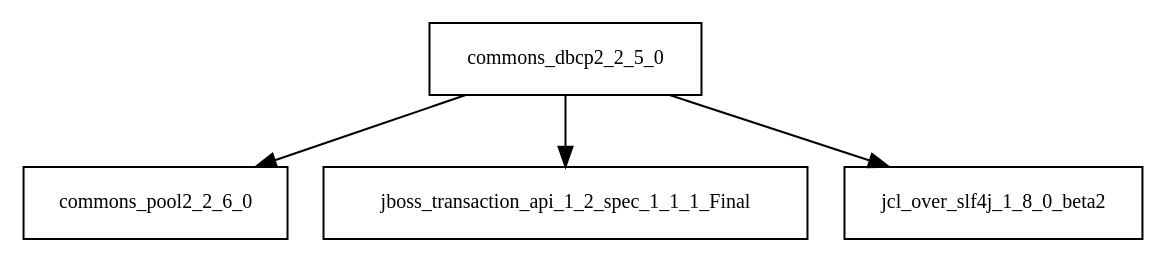
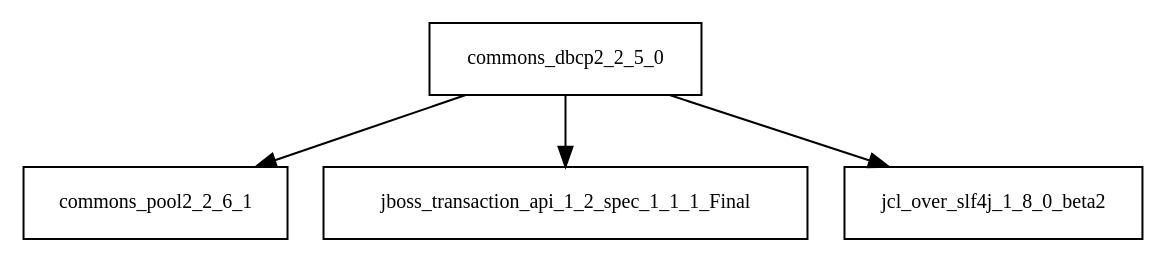
The diagram in tattleTaleReport/graphviz/commons-dbcp2-2.5.0.jar/commons-dbcp2-2.5.0.jar.dot (sjvs/cia), drawn with Graphviz before and after one commit. The commit also changed 2896 other files, not shown here.

```diff
--- a/tattleTaleReport/graphviz/commons-dbcp2-2.5.0.jar/commons-dbcp2-2.5.0.jar.dot
+++ b/tattleTaleReport/graphviz/commons-dbcp2-2.5.0.jar/commons-dbcp2-2.5.0.jar.dot
@@ -1,6 +1,6 @@
 digraph commons_dbcp2_2_5_0_dependencies {
   node [shape = box, fontsize=10.0];
-  commons_dbcp2_2_5_0 -> commons_pool2_2_6_0;
+  commons_dbcp2_2_5_0 -> commons_pool2_2_6_1;
   commons_dbcp2_2_5_0 -> jboss_transaction_api_1_2_spec_1_1_1_Final;
   commons_dbcp2_2_5_0 -> jcl_over_slf4j_1_8_0_beta2;
 }
```
